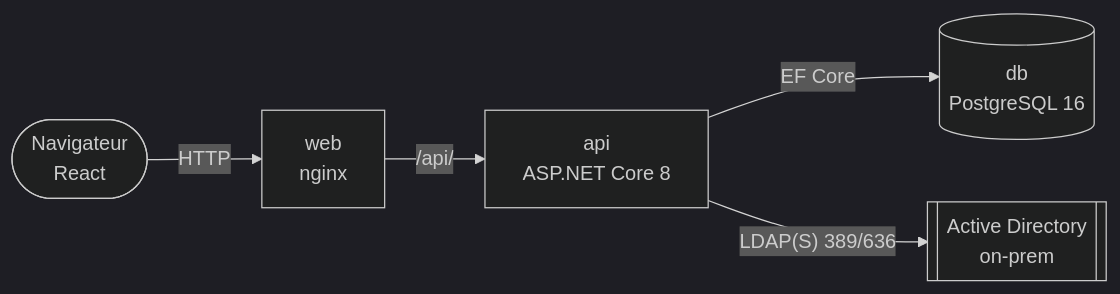
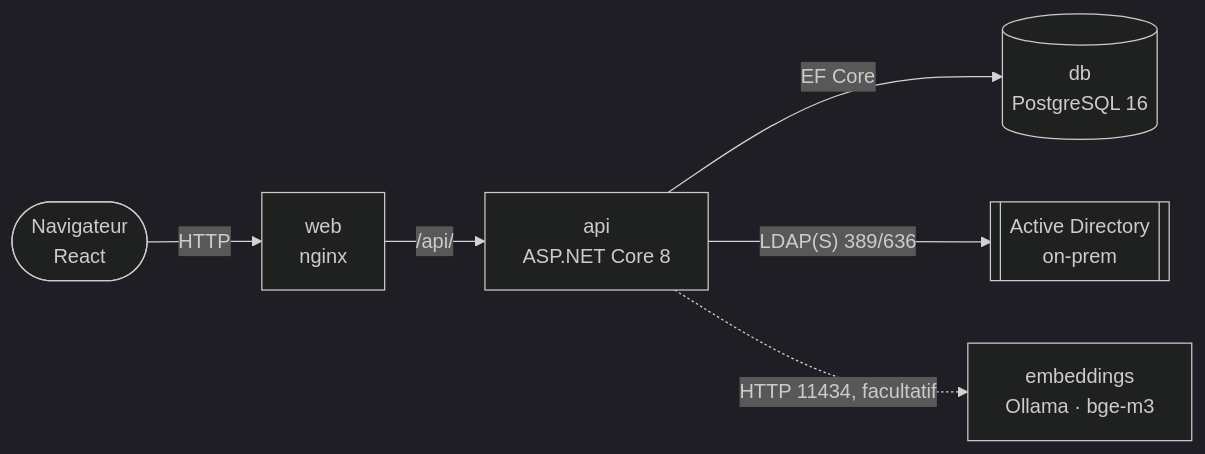
The first of 2 diagrams in docs/reference/architecture.md (christian-raj/S-Aloha), drawn with Mermaid (dark theme) before and after one commit. The commit also changed other lines of this file and 51 other files, not shown here.

First line of the commit message:
Recherche hybride : plein texte PostgreSQL et embeddings bge-m3 (#50)

````diff
--- a/docs/reference/architecture.md
+++ b/docs/reference/architecture.md
@@ -9,7 +9,8 @@
 ```mermaid
 flowchart LR
     U(["Navigateur<br/>React"]) -- HTTP --> W["web<br/>nginx"]
     W -- "/api/" --> A["api<br/>ASP.NET Core 8"]
     A -- "EF Core" --> D[("db<br/>PostgreSQL 16")]
     A -- "LDAP(S) 389/636" --> AD[["Active Directory<br/>on-prem"]]
+    A -. "HTTP 11434, facultatif" .-> E["embeddings<br/>Ollama · bge-m3"]
 ```
````
